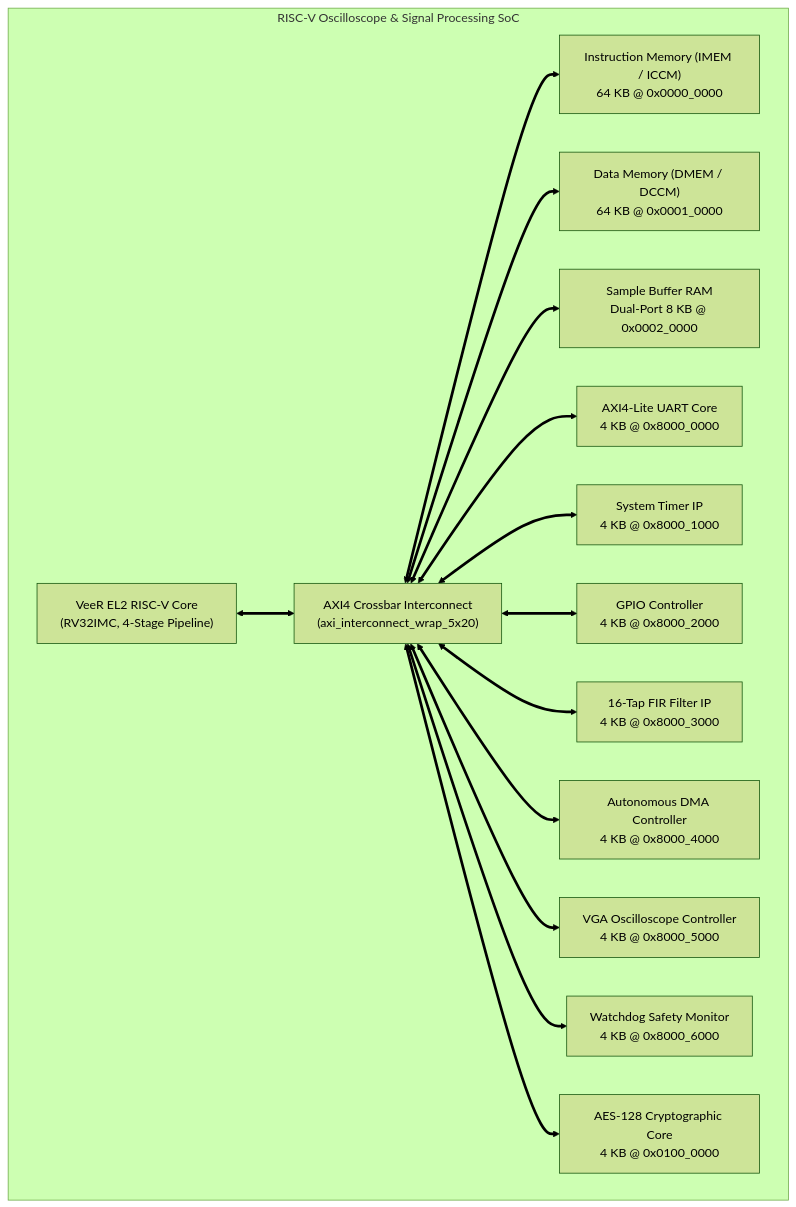
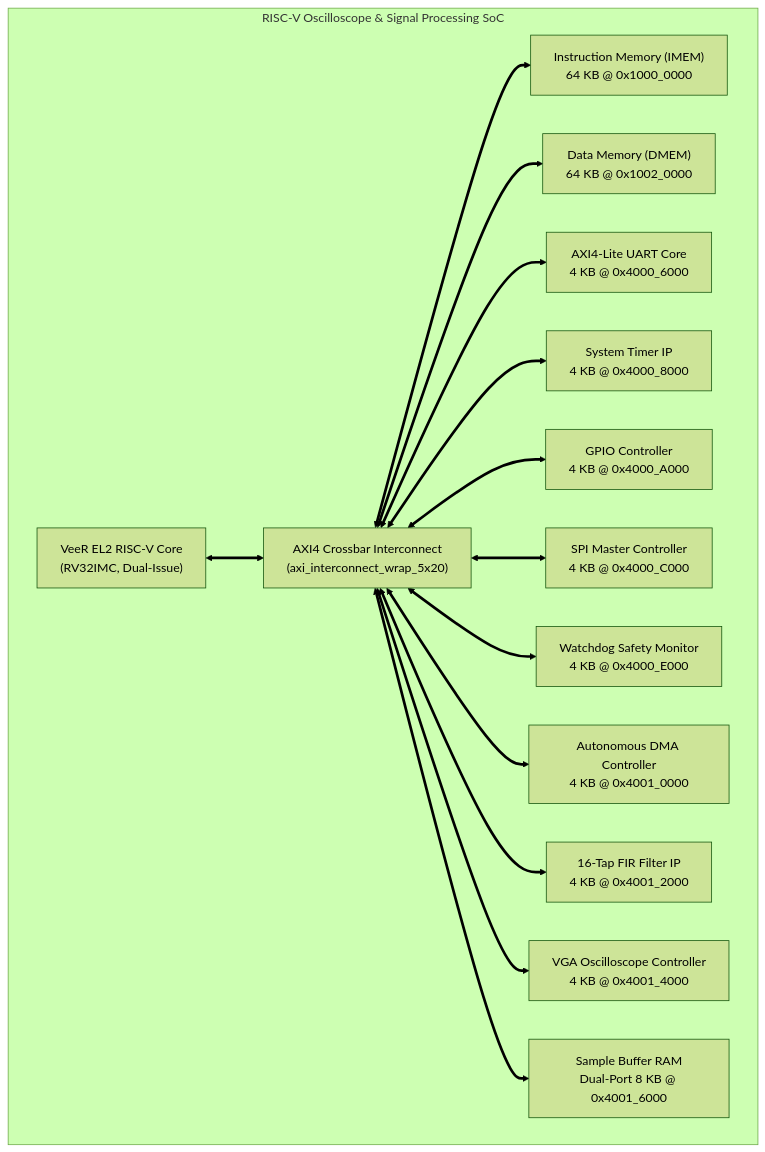
One commit to Sasmonk/honours_project_soc changed the first of 5 diagrams in README.md. Above: the diagram before and after it, drawn with Mermaid (forest theme). The commit also changed other lines of this file and 14 other files, not shown here.

First line of the commit message:
docs: align architectural specifications with RTL and reorganize signal CSV files

````diff
--- a/README.md
+++ b/README.md
@@ -82,33 +82,33 @@
 ```mermaid
 flowchart TB
     subgraph SOC["RISC-V Oscilloscope & Signal Processing SoC"]
-        CPU["VeeR EL2 RISC-V Core<br/>(RV32IMC, 4-Stage Pipeline)"]
+        CPU["VeeR EL2 RISC-V Core<br/>(RV32IMC, Dual-Issue)"]
         BUS["AXI4 Crossbar Interconnect<br/>(axi_interconnect_wrap_5x20)"]
         
-        IMEM["Instruction Memory (IMEM / ICCM)<br/>64 KB @ 0x0000_0000"]
-        DMEM["Data Memory (DMEM / DCCM)<br/>64 KB @ 0x0001_0000"]
-        SBUF["Sample Buffer RAM<br/>Dual-Port 8 KB @ 0x0002_0000"]
+        IMEM["Instruction Memory (IMEM)<br/>64 KB @ 0x1000_0000"]
+        DMEM["Data Memory (DMEM)<br/>64 KB @ 0x1002_0000"]
         
-        UART["AXI4-Lite UART Core<br/>4 KB @ 0x8000_0000"]
-        TIMER["System Timer IP<br/>4 KB @ 0x8000_1000"]
-        GPIO["GPIO Controller<br/>4 KB @ 0x8000_2000"]
-        FIR["16-Tap FIR Filter IP<br/>4 KB @ 0x8000_3000"]
-        DMA["Autonomous DMA Controller<br/>4 KB @ 0x8000_4000"]
-        VGA["VGA Oscilloscope Controller<br/>4 KB @ 0x8000_5000"]
-        WDT["Watchdog Safety Monitor<br/>4 KB @ 0x8000_6000"]
-        AES["AES-128 Cryptographic Core<br/>4 KB @ 0x0100_0000"]
+        UART["AXI4-Lite UART Core<br/>4 KB @ 0x4000_6000"]
+        TIMER["System Timer IP<br/>4 KB @ 0x4000_8000"]
+        GPIO["GPIO Controller<br/>4 KB @ 0x4000_A000"]
+        SPI["SPI Master Controller<br/>4 KB @ 0x4000_C000"]
+        WDT["Watchdog Safety Monitor<br/>4 KB @ 0x4000_E000"]
+        DMA["Autonomous DMA Controller<br/>4 KB @ 0x4001_0000"]
+        FIR["16-Tap FIR Filter IP<br/>4 KB @ 0x4001_2000"]
+        VGA["VGA Oscilloscope Controller<br/>4 KB @ 0x4001_4000"]
+        SBUF["Sample Buffer RAM<br/>Dual-Port 8 KB @ 0x4001_6000"]
 
         CPU <==> BUS
         BUS <==> IMEM
         BUS <==> DMEM
-        BUS <==> SBUF
         BUS <==> UART
         BUS <==> TIMER
         BUS <==> GPIO
+        BUS <==> SPI
+        BUS <==> WDT
+        BUS <==> DMA
         BUS <==> FIR
-        BUS <==> DMA
         BUS <==> VGA
-        BUS <==> WDT
-        BUS <==> AES
+        BUS <==> SBUF
     end
 ```
````
